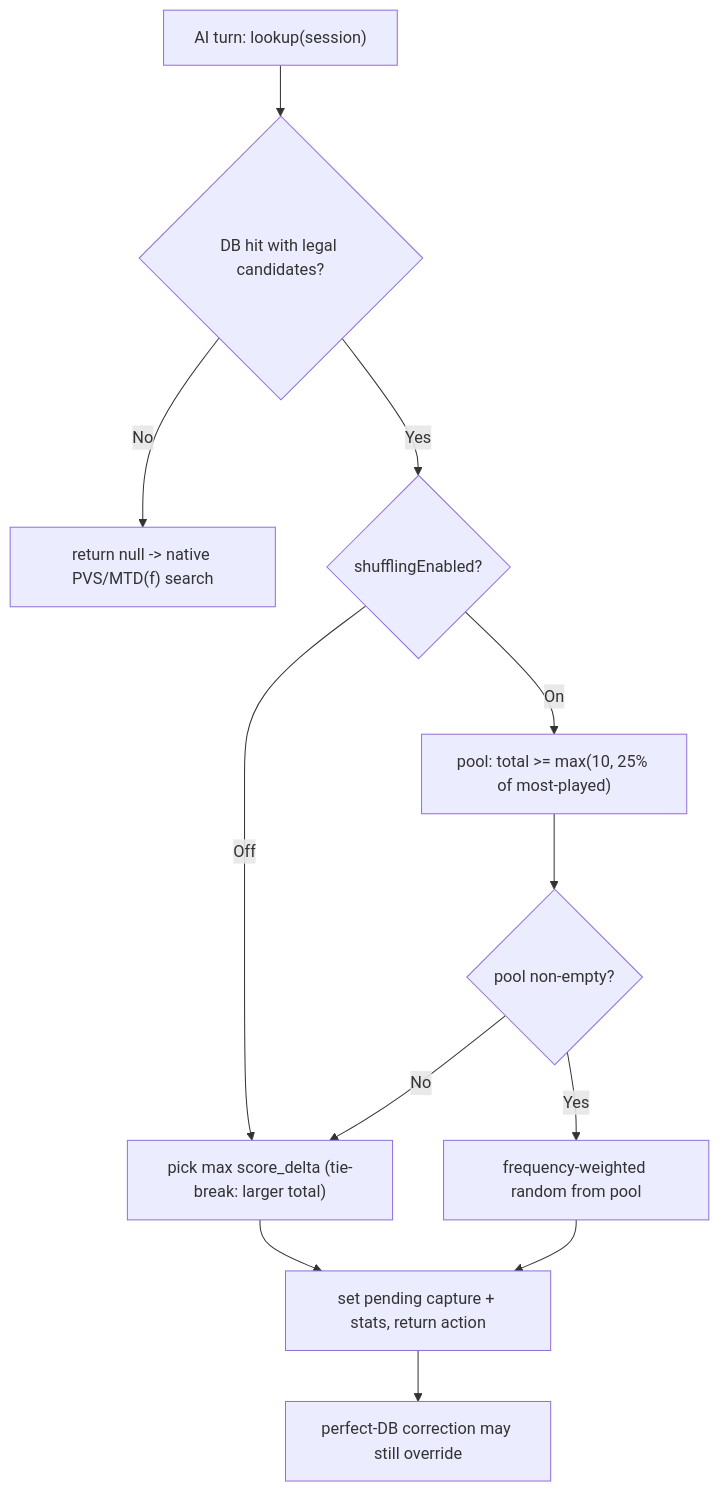
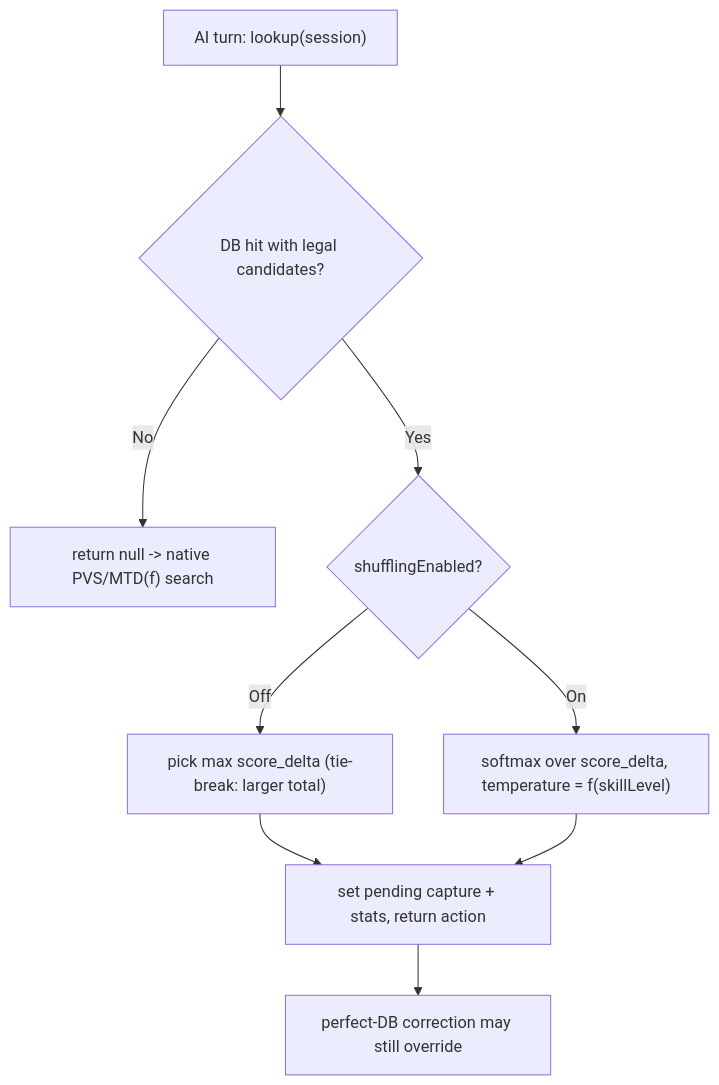
Before and after one commit to calcitem/Sanmill: the second of 2 diagrams in docs/HUMAN_DATABASE.md, drawn with Mermaid. The commit also changed other lines of this file and 6 other files, not shown here.

````diff
--- a/docs/HUMAN_DATABASE.md
+++ b/docs/HUMAN_DATABASE.md
@@ -142,14 +146,11 @@
 ```mermaid
 flowchart TD
   A["AI turn: lookup(session)"] --> B{"DB hit with legal candidates?"}
   B -->|No| Z["return null -> native PVS/MTD(f) search"]
   B -->|Yes| C{"shufflingEnabled?"}
   C -->|Off| D["pick max score_delta (tie-break: larger total)"]
-  C -->|On| E["pool: total >= max(10, 25% of most-played)"]
-  E --> F{"pool non-empty?"}
-  F -->|No| D
-  F -->|Yes| G["frequency-weighted random from pool"]
+  C -->|On| G["softmax over score_delta, temperature = f(skillLevel)"]
   D --> H["set pending capture + stats, return action"]
   G --> H
   H --> I["perfect-DB correction may still override"]
 ```
````
